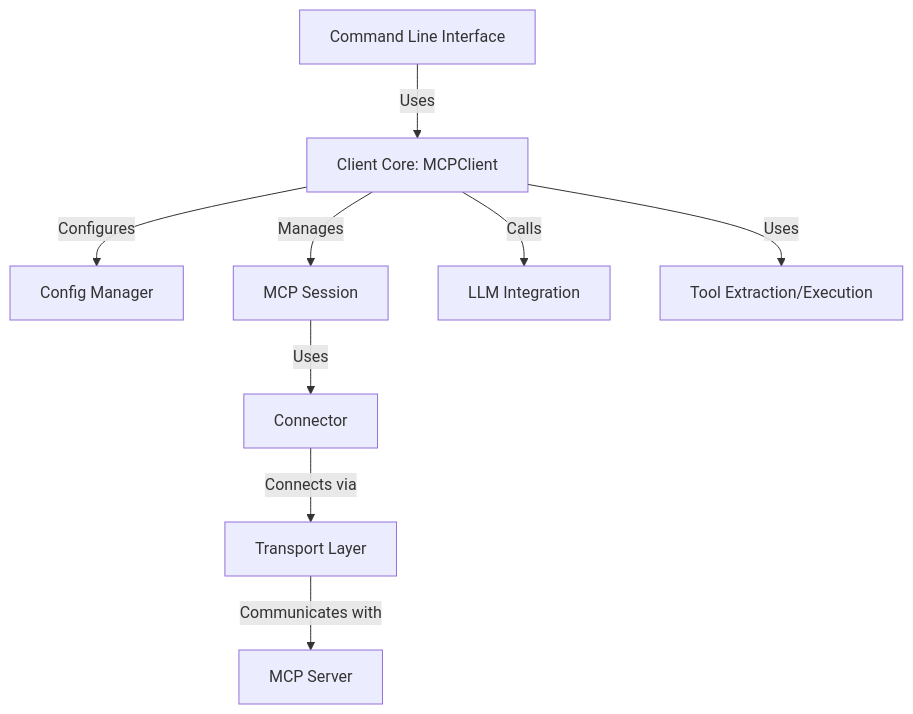
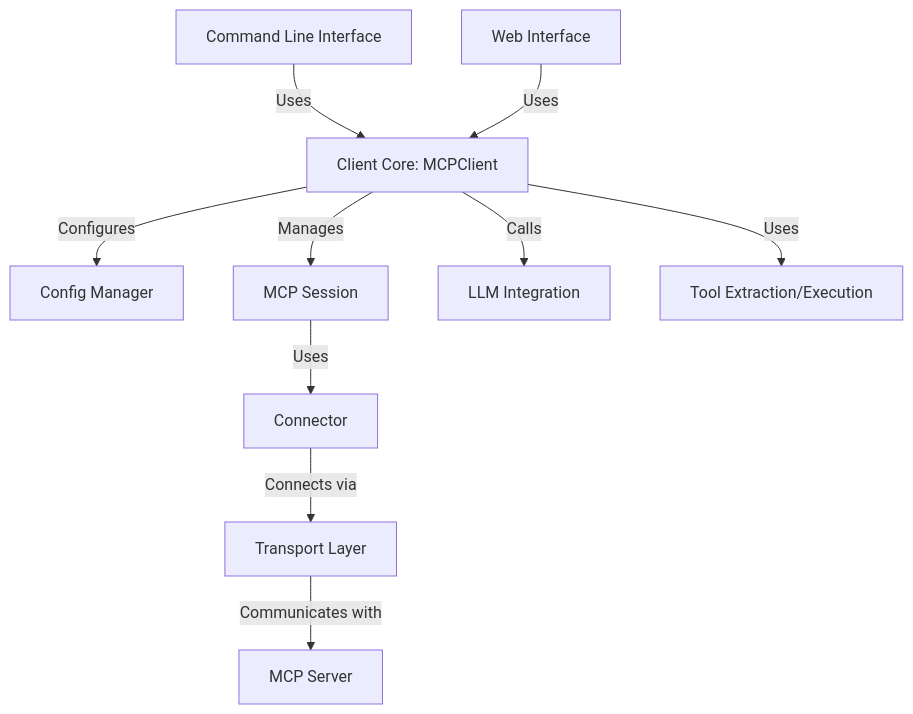
Before and after one commit to CLoaKY233/mcca: the second of 3 diagrams in README.md, drawn with Mermaid. The commit also changed other lines of this file and 17 other files, not shown here.

````diff
--- a/README.md
+++ b/README.md
@@ -49,11 +48,12 @@
 ```mermaid
 graph TD
     CLI[Command Line Interface] -->|Uses| Client[Client Core: MCPClient]
+    WebUI[Web Interface] -->|Uses| Client
     Client -->|Configures| Config[Config Manager]
     Client -->|Manages| Session[MCP Session]
     Session -->|Uses| Connector[Connector]
     Connector -->|Connects via| Transport[Transport Layer]
     Client -->|Calls| LLM[LLM Integration]
     Client -->|Uses| Tools[Tool Extraction/Execution]
     Transport -->|Communicates with| Server[MCP Server]
 ```
````
